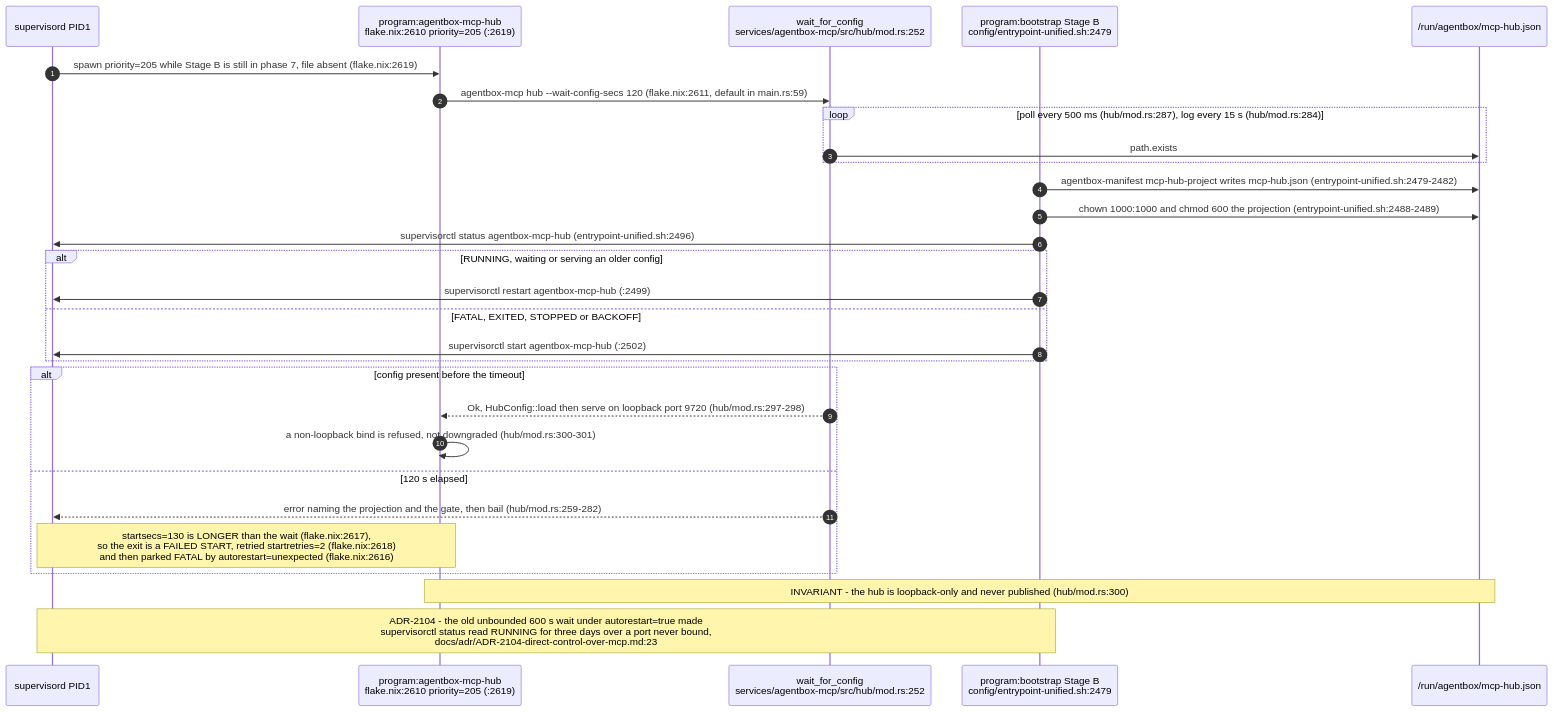
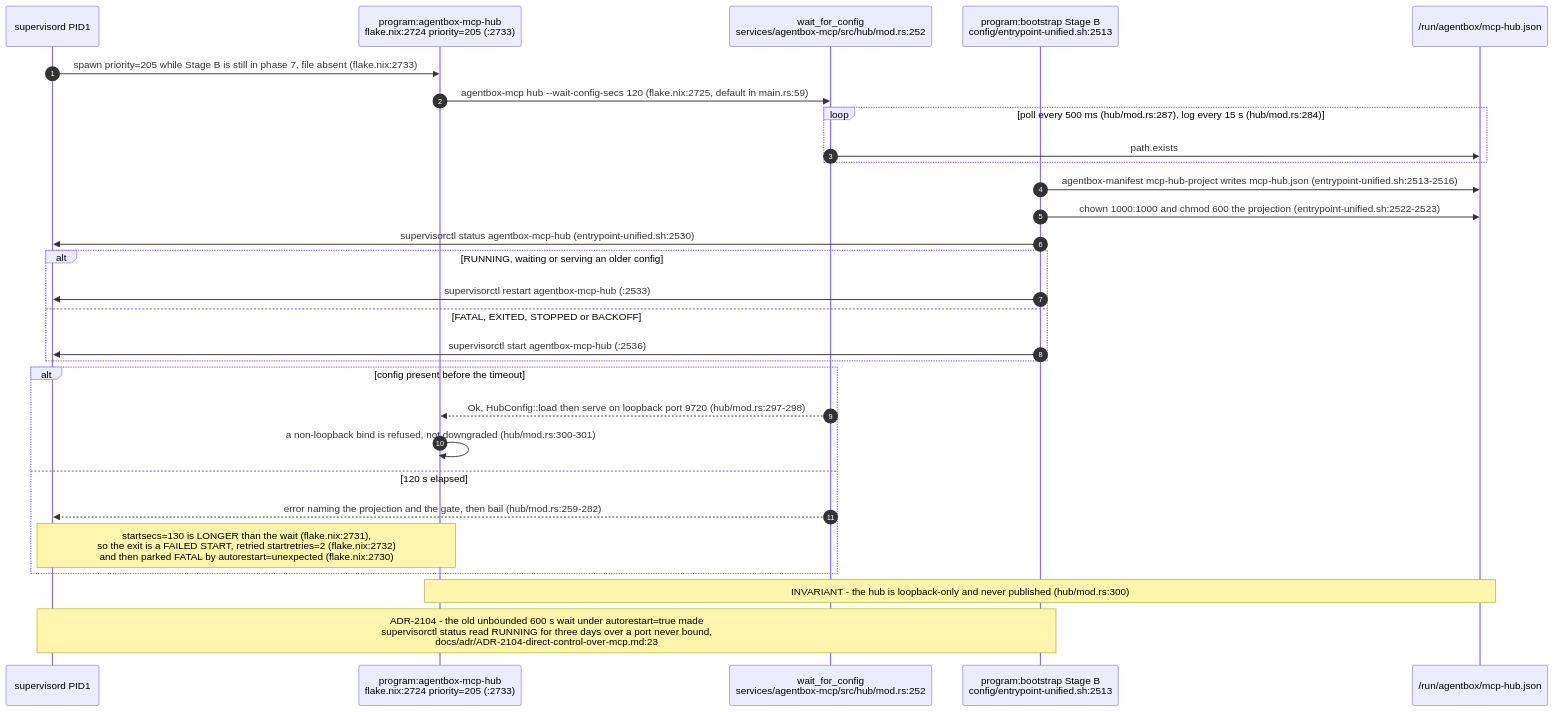
Before and after one commit to DreamLab-AI/VisionFlow: diagram 15 of 20 in docs/diagrams/agentbox/02-boot-sequence-and-readiness.md, drawn with Mermaid. The commit also changed other lines of this file and 94 other files, not shown here.

First line of the commit message:
docs(diagrams): re-verify 130 topics against 2 October HEADs

````diff
--- a/docs/diagrams/agentbox/02-boot-sequence-and-readiness.md
+++ b/docs/diagrams/agentbox/02-boot-sequence-and-readiness.md
@@ -538,32 +546,32 @@
 ```mermaid
 sequenceDiagram
     autonumber
     participant SV as supervisord PID1
-    participant HUB as program:agentbox-mcp-hub<br/>flake.nix:2610 priority=205 (:2619)
+    participant HUB as program:agentbox-mcp-hub<br/>flake.nix:2724 priority=205 (:2733)
     participant WAIT as wait_for_config<br/>services/agentbox-mcp/src/hub/mod.rs:252
-    participant BOOT as program:bootstrap Stage B<br/>config/entrypoint-unified.sh:2479
+    participant BOOT as program:bootstrap Stage B<br/>config/entrypoint-unified.sh:2513
     participant FS as /run/agentbox/mcp-hub.json
 
-    SV->>HUB: spawn priority=205 while Stage B is still in phase 7, file absent (flake.nix:2619)
-    HUB->>WAIT: agentbox-mcp hub --wait-config-secs 120 (flake.nix:2611, default in main.rs:59)
+    SV->>HUB: spawn priority=205 while Stage B is still in phase 7, file absent (flake.nix:2733)
+    HUB->>WAIT: agentbox-mcp hub --wait-config-secs 120 (flake.nix:2725, default in main.rs:59)
     loop poll every 500 ms (hub/mod.rs:287), log every 15 s (hub/mod.rs:284)
         WAIT->>FS: path.exists
     end
-    BOOT->>FS: agentbox-manifest mcp-hub-project writes mcp-hub.json (entrypoint-unified.sh:2479-2482)
-    BOOT->>FS: chown 1000:1000 and chmod 600 the projection (entrypoint-unified.sh:2488-2489)
-    BOOT->>SV: supervisorctl status agentbox-mcp-hub (entrypoint-unified.sh:2496)
+    BOOT->>FS: agentbox-manifest mcp-hub-project writes mcp-hub.json (entrypoint-unified.sh:2513-2516)
+    BOOT->>FS: chown 1000:1000 and chmod 600 the projection (entrypoint-unified.sh:2522-2523)
+    BOOT->>SV: supervisorctl status agentbox-mcp-hub (entrypoint-unified.sh:2530)
     alt RUNNING, waiting or serving an older config
-        BOOT->>SV: supervisorctl restart agentbox-mcp-hub (:2499)
+        BOOT->>SV: supervisorctl restart agentbox-mcp-hub (:2533)
     else FATAL, EXITED, STOPPED or BACKOFF
-        BOOT->>SV: supervisorctl start agentbox-mcp-hub (:2502)
+        BOOT->>SV: supervisorctl start agentbox-mcp-hub (:2536)
     end
     alt config present before the timeout
         WAIT-->>HUB: Ok, HubConfig::load then serve on loopback port 9720 (hub/mod.rs:297-298)
         HUB->>HUB: a non-loopback bind is refused, not downgraded (hub/mod.rs:300-301)
     else 120 s elapsed
         WAIT-->>SV: error naming the projection and the gate, then bail (hub/mod.rs:259-282)
-        Note over SV,HUB: startsecs=130 is LONGER than the wait (flake.nix:2617),<br/>so the exit is a FAILED START, retried startretries=2 (flake.nix:2618)<br/>and then parked FATAL by autorestart=unexpected (flake.nix:2616)
+        Note over SV,HUB: startsecs=130 is LONGER than the wait (flake.nix:2731),<br/>so the exit is a FAILED START, retried startretries=2 (flake.nix:2732)<br/>and then parked FATAL by autorestart=unexpected (flake.nix:2730)
     end
     Note over HUB,FS: INVARIANT - the hub is loopback-only and never published (hub/mod.rs:300)
     Note over SV,BOOT: ADR-2104 - the old unbounded 600 s wait under autorestart=true made<br/>supervisorctl status read RUNNING for three days over a port never bound,<br/>docs/adr/ADR-2104-direct-control-over-mcp.md:23
 ```
````
